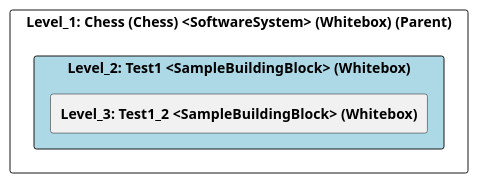
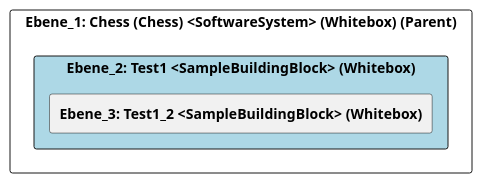
The diagram in src/cleon.architecturemethods.arc42.sample/doc/cleon_architecturemethods_arc42_sample_arc42/adoc/de/05_bausteinsicht/chess/test1/ebene_2_test1.adoc (marcozwyssig/cleon), drawn with PlantUML before and after one commit. The commit also changed other lines of this file and 148 other files, not shown here.

```diff
--- a/src/cleon.architecturemethods.arc42.sample/doc/cleon_architecturemethods_arc42_sample_arc42/adoc/de/05_bausteinsicht/chess/test1/ebene_2_test1.adoc
+++ b/src/cleon.architecturemethods.arc42.sample/doc/cleon_architecturemethods_arc42_sample_arc42/adoc/de/05_bausteinsicht/chess/test1/ebene_2_test1.adoc
@@ -22,24 +22,24 @@
-[plantuml, Level_2: Test1 <SampleBuildingBlock> (Whitebox)BlockOverview, format="svg"]
+[plantuml, Ebene_2: Test1 <SampleBuildingBlock> (Whitebox)BlockOverview, format="svg"]
 ----
-@startuml Level_2: Test1 <SampleBuildingBlock> (Whitebox)BuildingBlockOverview
+@startuml Ebene_2: Test1 <SampleBuildingBlock> (Whitebox)BuildingBlockOverview
 
 skinparam ranksep 10
 skinparam componentStyle rectangle
 skinparam shadowing false
 skinparam arrowColor lightblue
 skinparam arrowThickness 1.2
 skinparam rectangle {
   BackgroundColor White
   BorderColor #333
   RoundCorner 10
 }
 top to bottom direction
 
-component "Level_1: Chess (Chess) <SoftwareSystem> (Whitebox) (Parent)" {
-    component "Level_2: Test1 <SampleBuildingBlock> (Whitebox)" #lightblue {
-        [**Level_3: Test1_2 <SampleBuildingBlock> (Whitebox)**] as 489CD282_D579_11EE_903E_9F564E4DE07E
+component "Ebene_1: Chess (Chess) <SoftwareSystem> (Whitebox) (Parent)" {
+    component "Ebene_2: Test1 <SampleBuildingBlock> (Whitebox)" #lightblue {
+        [**Ebene_3: Test1_2 <SampleBuildingBlock> (Whitebox)**] as 489CD282_D579_11EE_903E_9F564E4DE07E
     }
 }
 
 @enduml
 ----
```
